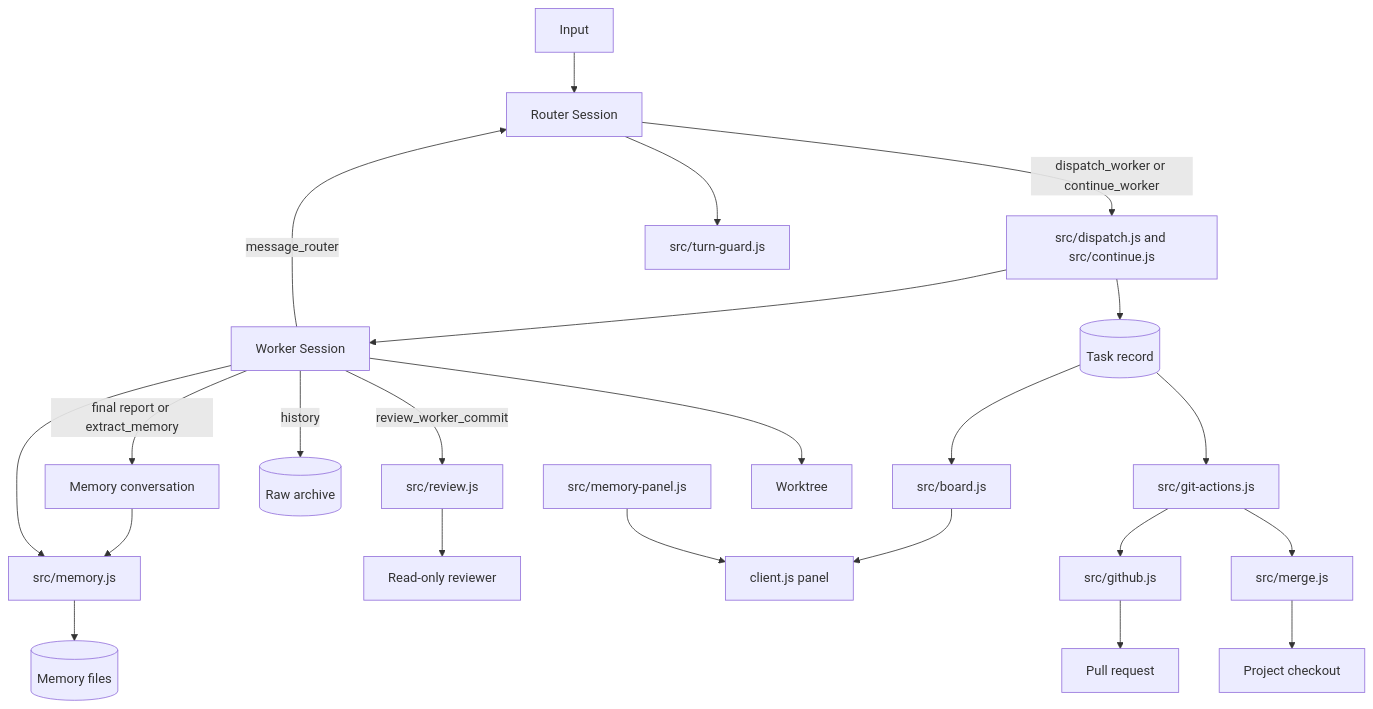
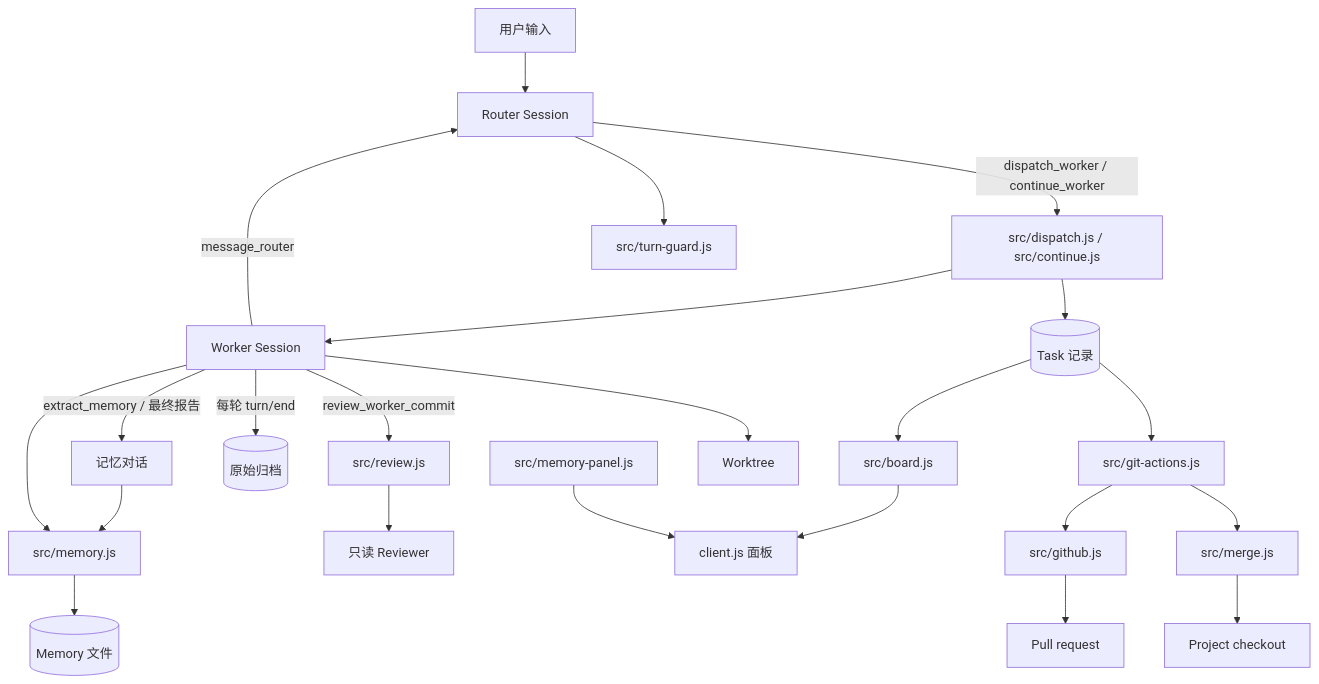
Before and after one commit to LMQ00/superagent-lite: the diagram in docs/007-architecture.md, drawn with Mermaid. The commit also changed other lines of this file and 13 other files, not shown here.

````diff
--- a/docs/007-architecture.md
+++ b/docs/007-architecture.md
@@ -9,25 +9,25 @@
 ```mermaid
 flowchart TB
-  U[Input] --> R[Router Session]
-  R -->|dispatch_worker or continue_worker| D[src/dispatch.js and src/continue.js]
-  D --> T[(Task record)]
+  U[用户输入] --> R[Router Session]
+  R -->|dispatch_worker / continue_worker| D[src/dispatch.js / src/continue.js]
+  D --> T[(Task 记录)]
   D --> W[Worker Session]
   W --> WT[Worktree]
   W -->|review_worker_commit| RV[src/review.js]
-  RV --> HR[Read-only reviewer]
+  RV --> HR[只读 Reviewer]
   W -->|message_router| R
   T --> G[src/git-actions.js]
   G --> M[src/merge.js]
   G --> GH[src/github.js]
   M --> P[Project checkout]
   GH --> PR[Pull request]
   T --> B[src/board.js]
-  B --> C[client.js panel]
+  B --> C[client.js 面板]
   MP[src/memory-panel.js] --> C
   R --> TG[src/turn-guard.js]
-  W -->|history| RA[(Raw archive)]
-  W -->|final report or extract_memory| ME[Memory conversation]
+  W -->|每轮 turn/end| RA[(原始归档)]
+  W -->|extract_memory / 最终报告| ME[记忆对话]
   ME --> MS[src/memory.js]
-  W --> MS[src/memory.js]
-  MS --> MF[(Memory files)]
+  W --> MS
+  MS --> MF[(Memory 文件)]
 ```
````
